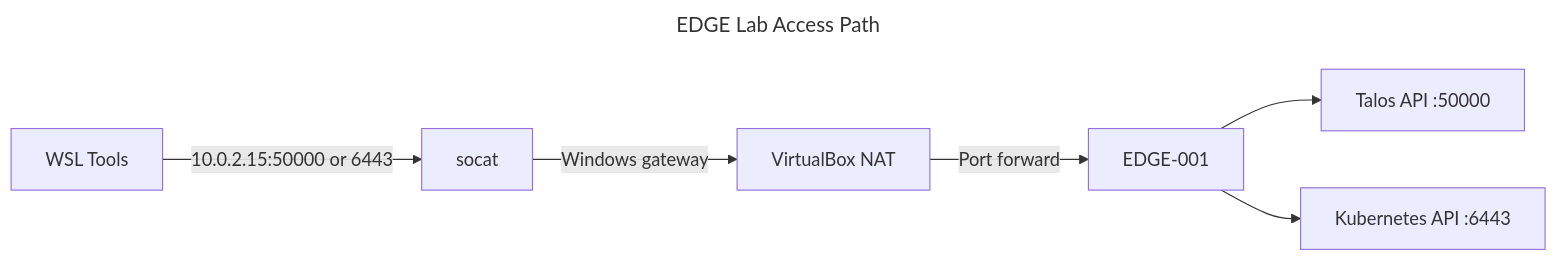
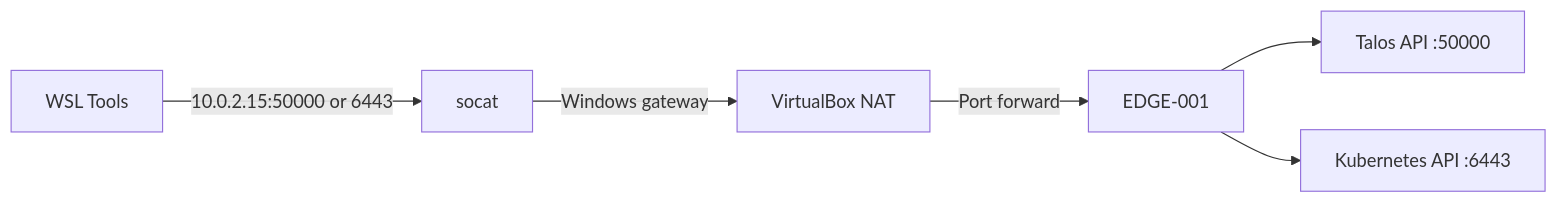
One commit to naren4b/learn-talos changed diagram 25 of 35 in docs/track-2-secure-edge/README.md. Above: the diagram before and after it, drawn with Mermaid. The commit also changed other lines of this file, not shown here.

Commit message:
docs: fix GitHub Mermaid rich display errors

````diff
--- a/docs/track-2-secure-edge/README.md
+++ b/docs/track-2-secure-edge/README.md
@@ -1681,11 +1683,8 @@
 ```mermaid
----
-title: EDGE Lab Access Path
----
 flowchart LR
     A[WSL Tools] -->|10.0.2.15:50000 or 6443| B[socat]
     B -->|Windows gateway| C[VirtualBox NAT]
     C -->|Port forward| D[EDGE-001]
     D --> E[Talos API :50000]
     D --> F[Kubernetes API :6443]
 ```
````
